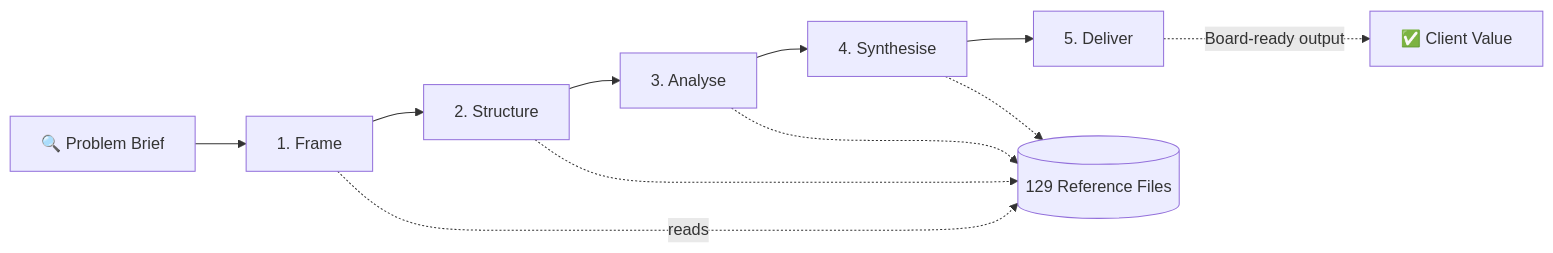
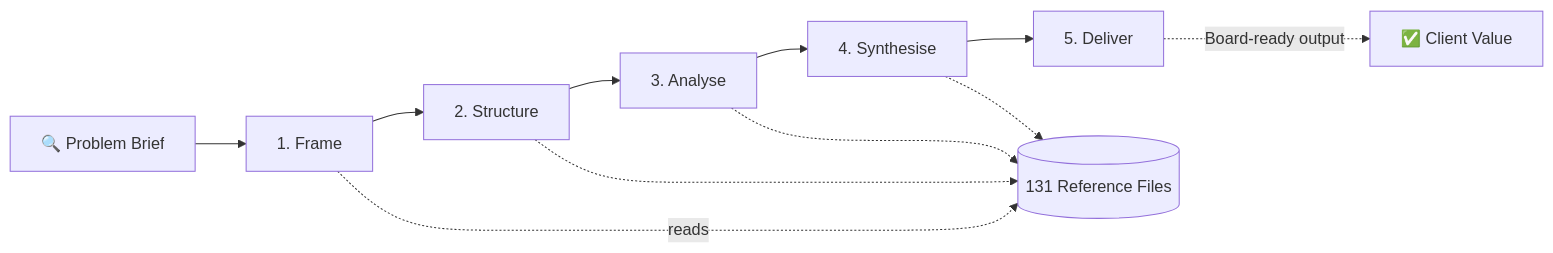
Before and after one commit to DogInfantry/claude-skill-management-consultant-B1: the first of 4 diagrams in README.md, drawn with Mermaid. The commit also changed other lines of this file and 6 other files, not shown here.

````diff
--- a/README.md
+++ b/README.md
@@ -48,14 +48,14 @@
 ```mermaid
 flowchart LR
     A["🔍 Problem Brief"] --> B["1. Frame"]
     B --> C["2. Structure"]
     C --> D["3. Analyse"]
     D --> E["4. Synthesise"]
     E --> F["5. Deliver"]
 
-    B -.->|reads| G[("129 Reference Files")]
+    B -.->|reads| G[("131 Reference Files")]
     C -.-> G
     D -.-> G
     E -.-> G
     F -.->|"Board-ready output"| H["✅ Client Value"]
 ```
````
